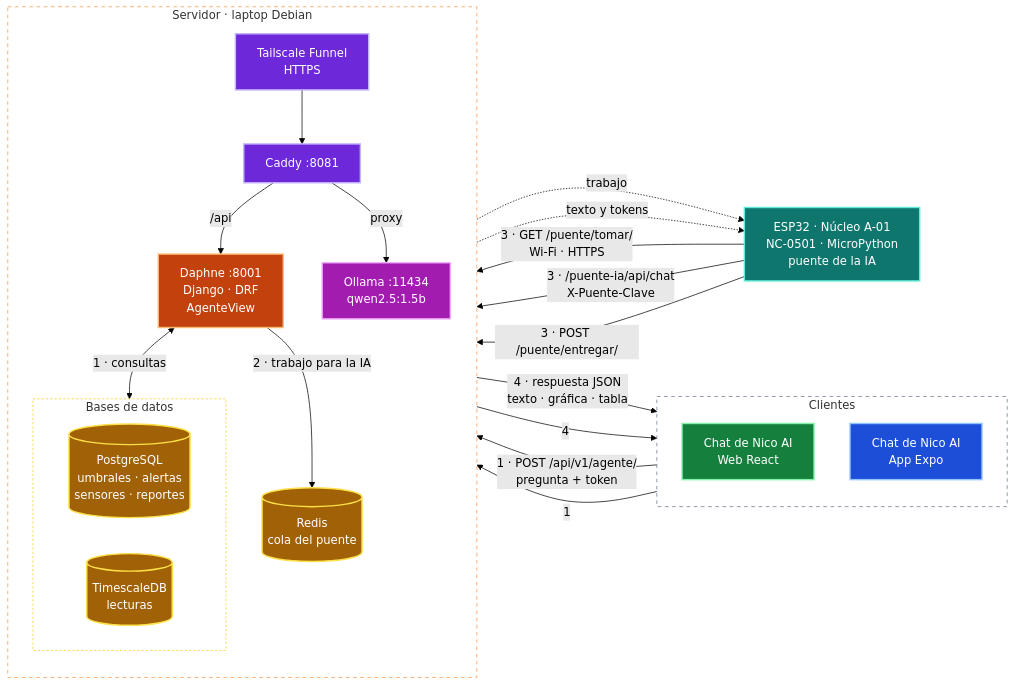
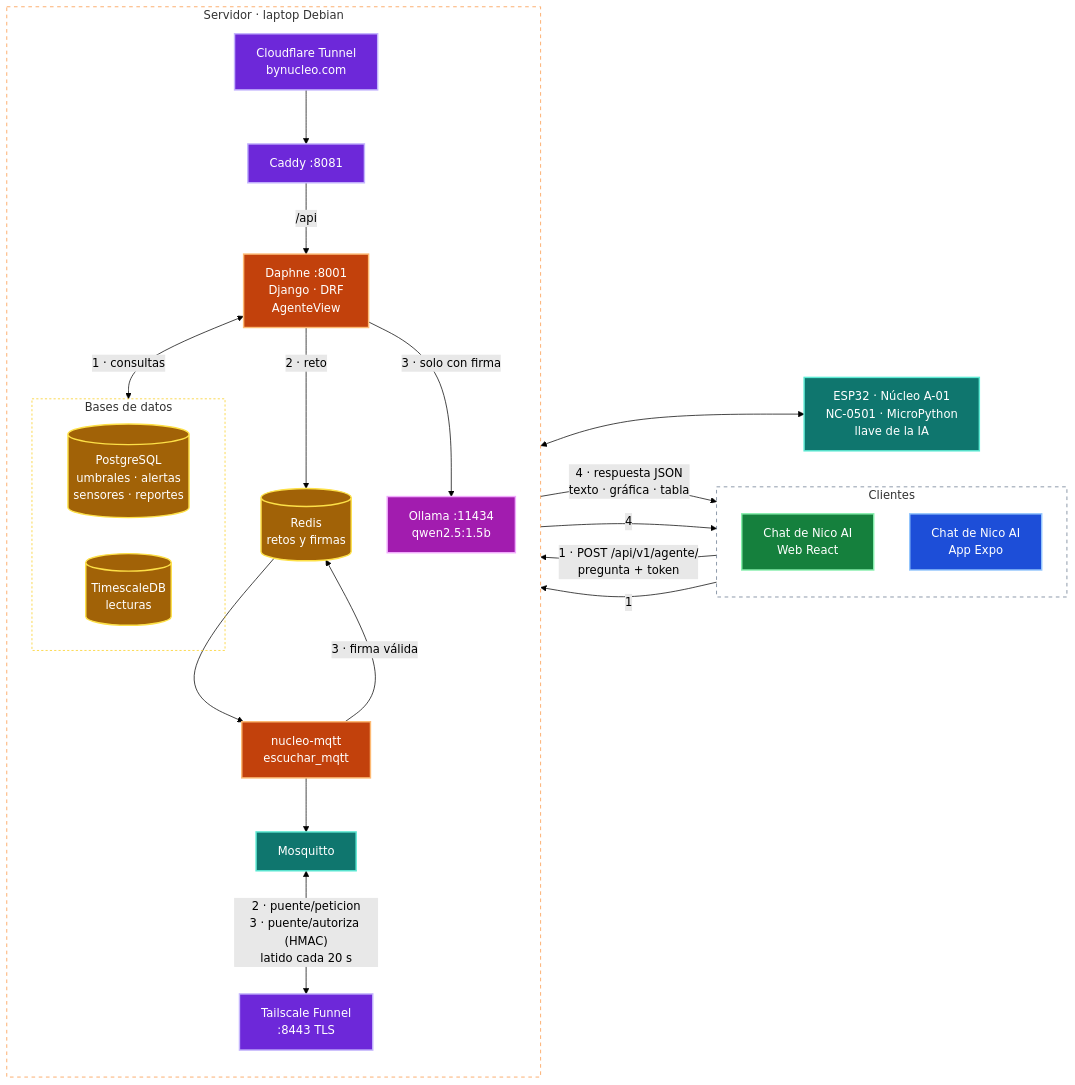
One commit to BrandonGlz/Nucleo changed the fourth of 4 diagrams in README.md. Above: the diagram before and after it, drawn with Mermaid (forest theme). The commit also changed other lines of this file and 7 other files, not shown here.

Commit message:
feat(despliegue): Núcleo en bynucleo.com con Cloudflare Tunnel; Tailscale queda para los ESP32 y la dirección anterior; la app apunta al dominio (0.1.8)

````diff
--- a/README.md
+++ b/README.md
@@ -451,52 +453,54 @@
 ```mermaid
 flowchart LR
     subgraph CL["Clientes"]
         direction TB
         W["Chat de Nico AI<br/>Web React"]
         A["Chat de Nico AI<br/>App Expo"]
     end
     subgraph HOST["Servidor · laptop Debian"]
         direction TB
-        TS["Tailscale Funnel<br/>HTTPS"]
+        CF["Cloudflare Tunnel<br/>bynucleo.com"]
         C["Caddy :8081"]
         D["Daphne :8001<br/>Django · DRF<br/>AgenteView"]
-        R[("Redis<br/>cola del puente")]
+        R[("Redis<br/>retos y firmas")]
+        MQ["nucleo-mqtt<br/>escuchar_mqtt"]
+        M["Mosquitto"]
+        TS["Tailscale Funnel<br/>:8443 TLS"]
         subgraph BD["Bases de datos"]
             PG[("PostgreSQL<br/>umbrales · alertas<br/>sensores · reportes")]
             TDB[("TimescaleDB<br/>lecturas")]
         end
         O["Ollama :11434<br/>qwen2.5:1.5b"]
     end
-    E["ESP32 · Núcleo A-01<br/>NC-0501 · MicroPython<br/>puente de la IA"]
+    E["ESP32 · Núcleo A-01<br/>NC-0501 · MicroPython<br/>llave de la IA"]
 
-    W -->|"1 · POST /api/v1/agente/<br/>pregunta + token"| TS
-    A -->|"1"| TS
-    TS --> C -->|"/api"| D
+    W -->|"1 · POST /api/v1/agente/<br/>pregunta + token"| CF
+    A -->|"1"| CF
+    CF --> C -->|"/api"| D
     D <-->|"1 · consultas"| BD
-    D -->|"2 · trabajo para la IA"| R
-    E -->|"3 · GET /puente/tomar/<br/>Wi-Fi · HTTPS"| TS
-    R -.->|trabajo| E
-    E -->|"3 · /puente-ia/api/chat<br/>X-Puente-Clave"| C
-    C -->|proxy| O
-    O -.->|texto y tokens| E
-    E -->|"3 · POST /puente/entregar/"| D
+    D -->|"2 · reto"| R
+    R --> MQ --> M
+    M <-->|"2 · puente/peticion<br/>3 · puente/autoriza (HMAC)<br/>latido cada 20 s"| TS
+    TS <--> E
+    MQ -->|"3 · firma válida"| R
+    D -->|"3 · solo con firma"| O
     D -->|"4 · respuesta JSON<br/>texto · gráfica · tabla"| W
     D -->|"4"| A
     classDef cliente fill:#1d4ed8,stroke:#93c5fd,color:#fff,stroke-width:2px
     classDef red fill:#6d28d9,stroke:#c4b5fd,color:#fff,stroke-width:2px
     classDef web fill:#15803d,stroke:#86efac,color:#fff,stroke-width:2px
     classDef backend fill:#c2410c,stroke:#fdba74,color:#fff,stroke-width:2px
     classDef datos fill:#a16207,stroke:#fde047,color:#fff,stroke-width:2px
     classDef iot fill:#0f766e,stroke:#5eead4,color:#fff,stroke-width:2px
     classDef externo fill:#a21caf,stroke:#f0abfc,color:#fff,stroke-width:2px
     class W web
     class A cliente
-    class TS,C red
-    class D backend
+    class CF,TS,C red
+    class D,MQ backend
     class R,PG,TDB datos
-    class E iot
+    class E,M iot
     class O externo
     style CL fill:transparent,stroke:#64748b,stroke-dasharray:5 5
     style HOST fill:transparent,stroke:#fb923c,stroke-dasharray:5 5
     style BD fill:transparent,stroke:#facc15,stroke-dasharray:3 3
 ```
````
